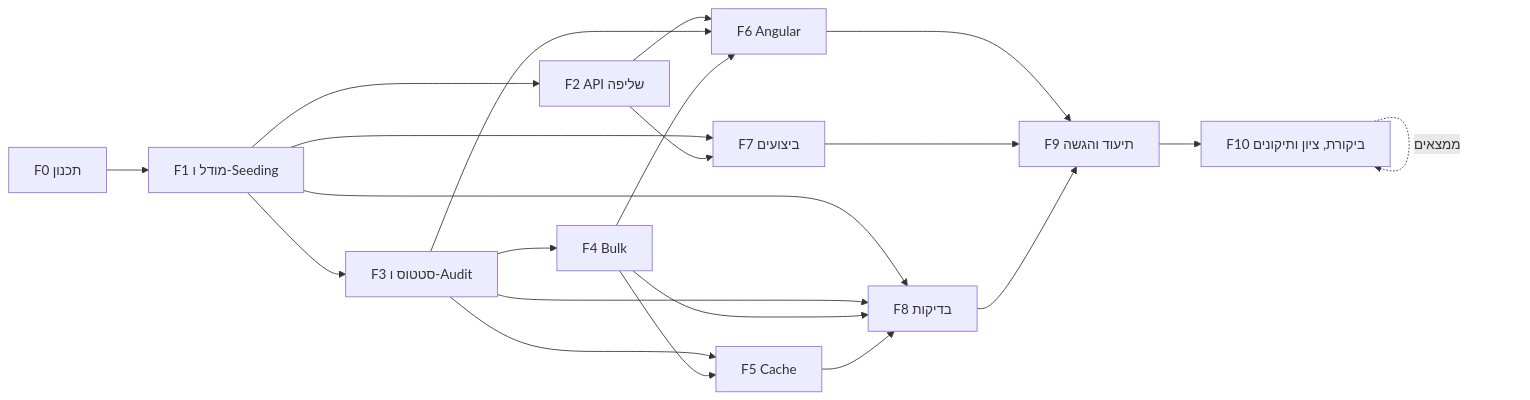
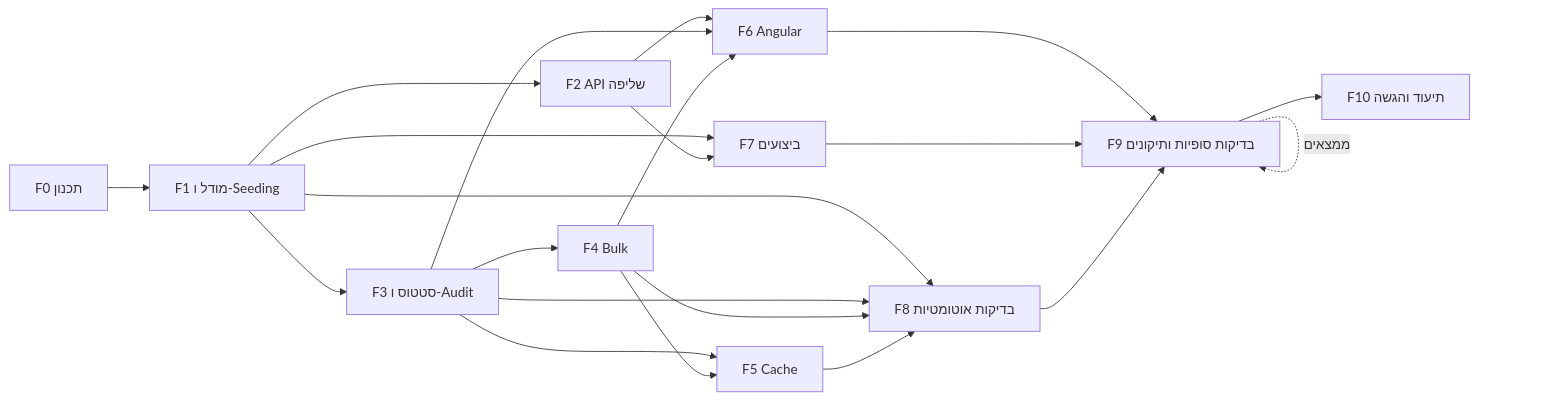
One commit to tsiviv/RequestsManagement changed the diagram in docs/WORK_PLAN.md. Above: the diagram before and after it, drawn with Mermaid. The commit also changed other lines of this file, not shown here.

````diff
--- a/docs/WORK_PLAN.md
+++ b/docs/WORK_PLAN.md
@@ -194,23 +194,23 @@
 ```mermaid
 flowchart LR
     F0[F0 תכנון] --> F1[F1 מודל ו-Seeding]
     F1 --> F2[F2 API שליפה]
     F1 --> F3[F3 סטטוס ו-Audit]
     F3 --> F4[F4 Bulk]
     F3 --> F5[F5 Cache]
     F4 --> F5
     F2 --> F6[F6 Angular]
     F3 --> F6
     F4 --> F6
     F1 --> F7[F7 ביצועים]
     F2 --> F7
-    F1 --> F8[F8 בדיקות]
+    F1 --> F8[F8 בדיקות אוטומטיות]
     F3 --> F8
     F4 --> F8
     F5 --> F8
-    F6 --> F9[F9 תיעוד והגשה]
+    F6 --> F9[F9 בדיקות סופיות ותיקונים]
     F7 --> F9
     F8 --> F9
-    F9 --> F10[F10 ביקורת, ציון ותיקונים]
-    F10 -.->|ממצאים| F10
+    F9 -.->|ממצאים| F9
+    F9 --> F10[F10 תיעוד והגשה]
 ```
````
